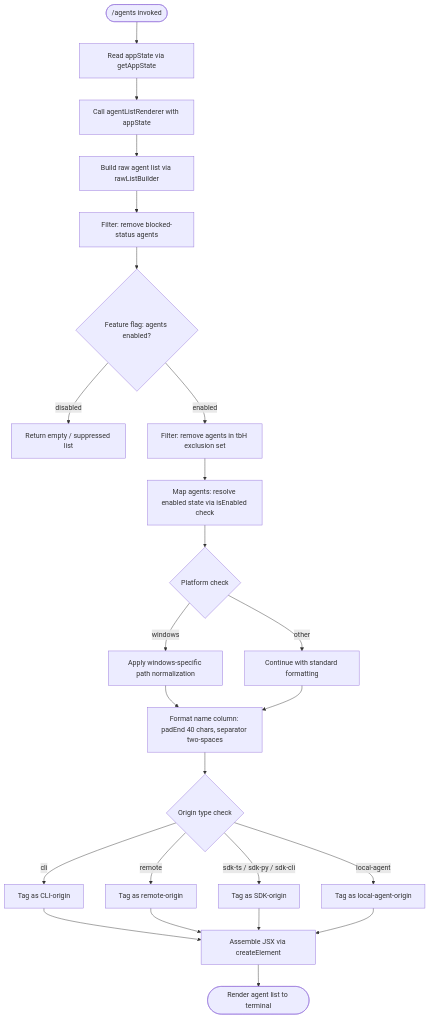
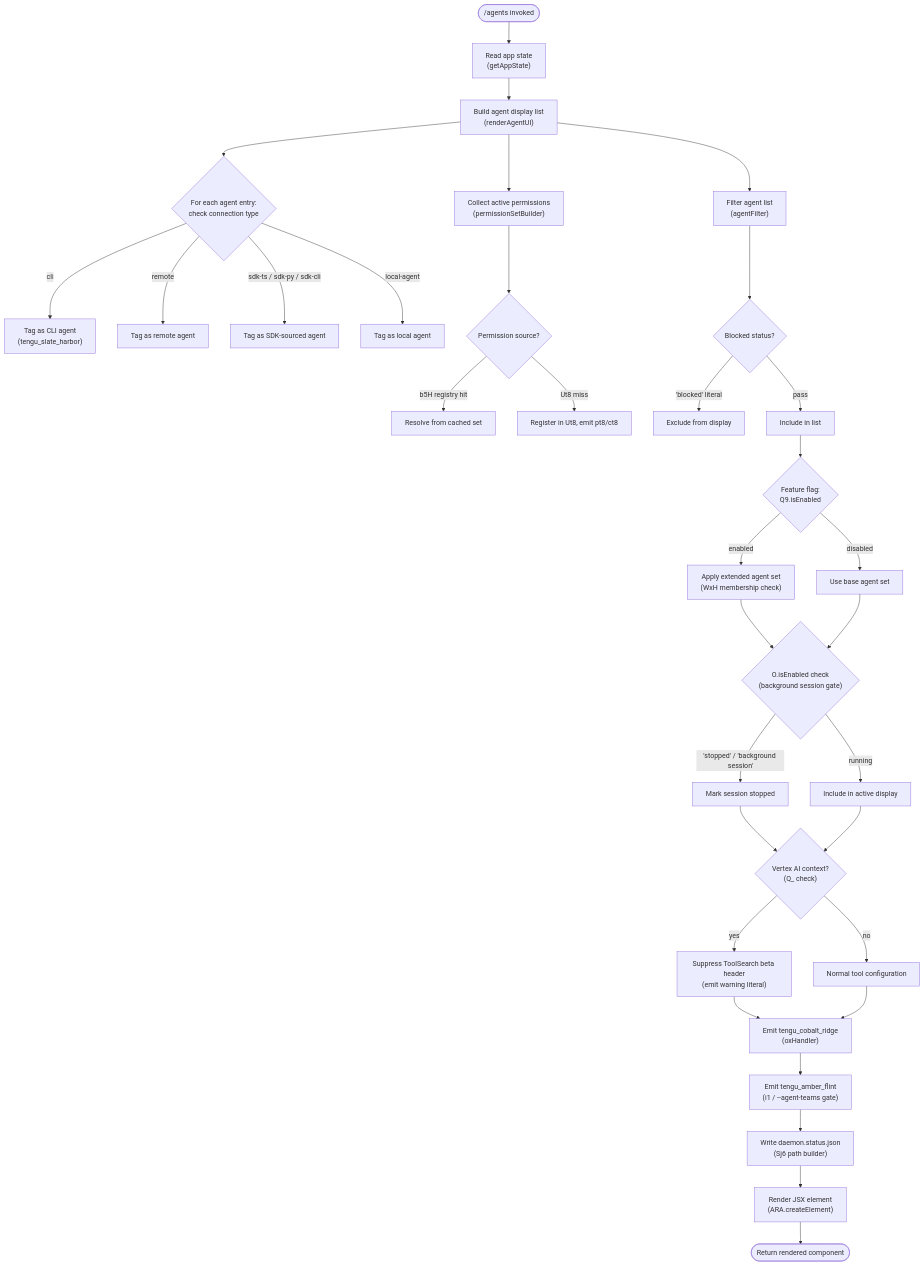
The diagram in versions/v2.1.133/agents.md (MyLittleLuckyDog/cc-gnothi), drawn with Mermaid before and after one commit. The commit also changed other lines of this file and 95 other files, not shown here.

````diff
--- a/versions/v2.1.133/agents.md
+++ b/versions/v2.1.133/agents.md
@@ -46,23 +55,35 @@
 ```mermaid
 flowchart TD
-    A([/agents invoked]) --> B[Read appState via getAppState]
-    B --> C[Call agentListRenderer with appState]
-    C --> D[Build raw agent list via rawListBuilder]
-    D --> E[Filter: remove blocked-status agents]
-    E --> F{Feature flag: agents enabled?}
-    F -- disabled --> G[Return empty / suppressed list]
-    F -- enabled --> H[Filter: remove agents in tbH exclusion set]
-    H --> I[Map agents: resolve enabled state via isEnabled check]
-    I --> J{Platform check}
-    J -- windows --> K[Apply windows-specific path normalization]
-    J -- other --> L[Continue with standard formatting]
-    K --> M[Format name column: padEnd 40 chars, separator two-spaces]
-    L --> M
-    M --> N{Origin type check}
-    N -- cli --> O[Tag as CLI-origin]
-    N -- remote --> P[Tag as remote-origin]
-    N -- sdk-ts / sdk-py / sdk-cli --> Q[Tag as SDK-origin]
-    N -- local-agent --> R[Tag as local-agent-origin]
-    O & P & Q & R --> S[Assemble JSX via createElement]
-    S --> T([Render agent list to terminal])
+    A(["/agents invoked"]) --> B["Read app state\n(getAppState)"]
+    B --> C["Build agent display list\n(renderAgentUI)"]
+    C --> D{"For each agent entry:\ncheck connection type"}
+    D -->|cli| E["Tag as CLI agent\n(tengu_slate_harbor)"]
+    D -->|remote| F["Tag as remote agent"]
+    D -->|sdk-ts / sdk-py / sdk-cli| G["Tag as SDK-sourced agent"]
+    D -->|local-agent| H["Tag as local agent"]
+    C --> I["Collect active permissions\n(permissionSetBuilder)"]
+    I --> J{"Permission source?"}
+    J -->|b5H registry hit| K["Resolve from cached set"]
+    J -->|Ut8 miss| L["Register in Ut8, emit pt8/ct8"]
+    C --> M["Filter agent list\n(agentFilter)"]
+    M --> N{"Blocked status?"}
+    N -->|'blocked' literal| O["Exclude from display"]
+    N -->|pass| P["Include in list"]
+    P --> Q{"Feature flag:\nQ9.isEnabled"}
+    Q -->|enabled| R["Apply extended agent set\n(WxH membership check)"]
+    Q -->|disabled| S["Use base agent set"]
+    R --> T{"O.isEnabled check\n(background session gate)"}
+    S --> T
+    T -->|'stopped' / 'background session'| U["Mark session stopped"]
+    T -->|running| V["Include in active display"]
+    U --> W{"Vertex AI context?\n(Q_ check)"}
+    V --> W
+    W -->|yes| X["Suppress ToolSearch beta header\n(emit warning literal)"]
+    W -->|no| Y["Normal tool configuration"]
+    X --> Z["Emit tengu_cobalt_ridge\n(oxHandler)"]
+    Y --> Z
+    Z --> AA["Emit tengu_amber_flint\n(i1 / --agent-teams gate)"]
+    AA --> AB["Write daemon.status.json\n(Sj6 path builder)"]
+    AB --> AC["Render JSX element\n(ARA.createElement)"]
+    AC --> AD([Return rendered component])
 ```
````
